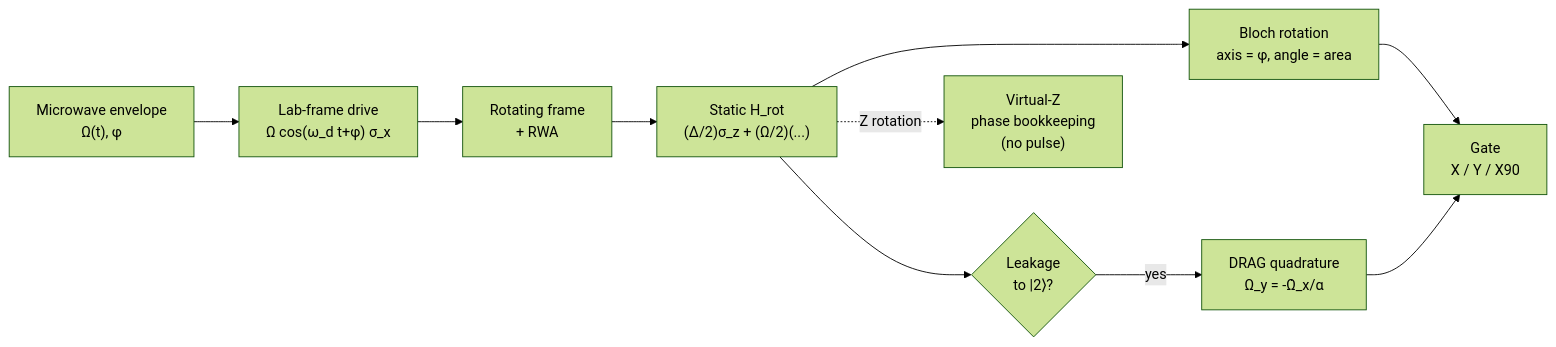
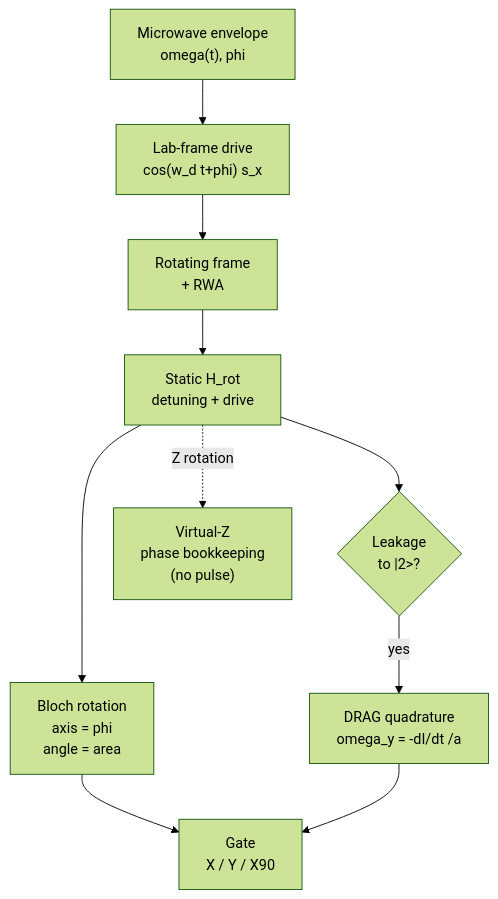
One commit to Iamsohungrynow/superconducting-qubits-journey changed the first of 2 diagrams in tutorial/07-single-qubit-gates.md. Above: the diagram before and after it, drawn with Mermaid (forest theme). The commit also changed other lines of this file and 11 other files, not shown here.

Commit message:
Rewrite Mermaid diagrams for clear GitHub rendering (TD layout, short labels)

````diff
--- a/tutorial/07-single-qubit-gates.md
+++ b/tutorial/07-single-qubit-gates.md
@@ -7,12 +7,12 @@
 ```mermaid
-flowchart LR
-    A["Microwave envelope<br/>Ω(t), φ"] --> B["Lab-frame drive<br/>Ω cos(ω_d t+φ) σ_x"]
+flowchart TD
+    A["Microwave envelope<br/>omega(t), phi"] --> B["Lab-frame drive<br/>cos(w_d t+phi) s_x"]
     B --> C["Rotating frame<br/>+ RWA"]
-    C --> D["Static H_rot<br/>(Δ/2)σ_z + (Ω/2)(...)"]
-    D --> E["Bloch rotation<br/>axis = φ, angle = area"]
+    C --> D["Static H_rot<br/>detuning + drive"]
+    D --> E["Bloch rotation<br/>axis = phi<br/>angle = area"]
     E --> F["Gate<br/>X / Y / X90"]
-    D --> G{"Leakage<br/>to |2⟩?"}
-    G -->|yes| H["DRAG quadrature<br/>Ω_y = -Ω̇_x/α"]
+    D --> G{"Leakage<br/>to |2>?"}
+    G -->|"yes"| H["DRAG quadrature<br/>omega_y = -dI/dt /a"]
     H --> F
     D -. "Z rotation" .-> I["Virtual-Z<br/>phase bookkeeping<br/>(no pulse)"]
 ```
````
